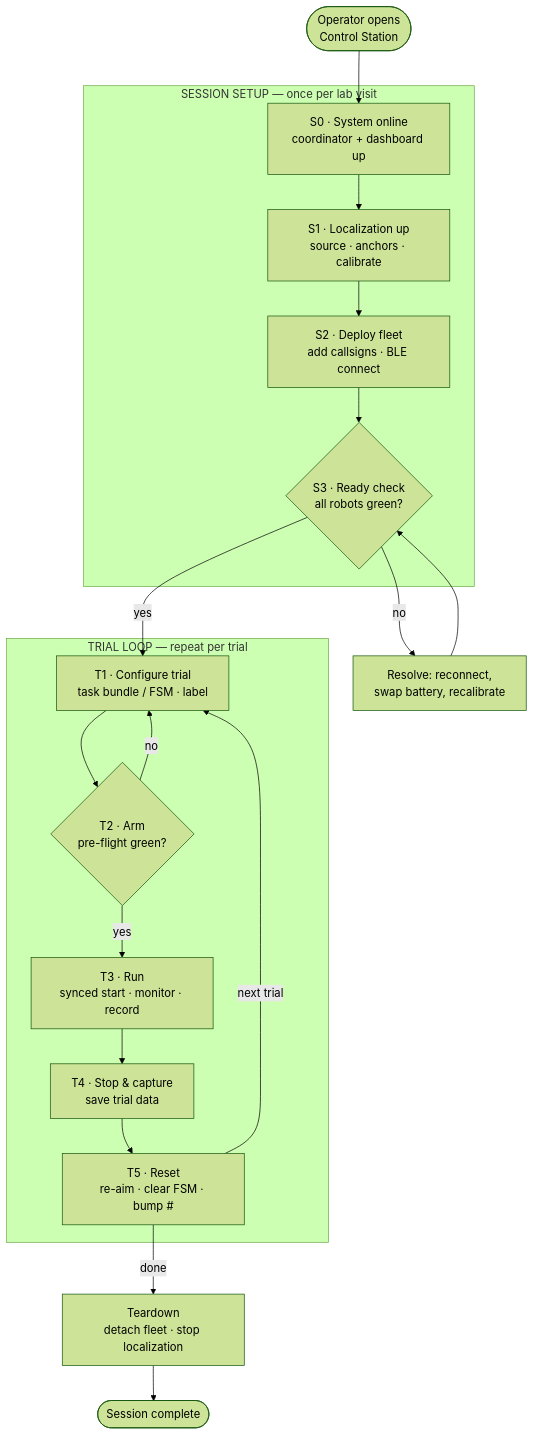
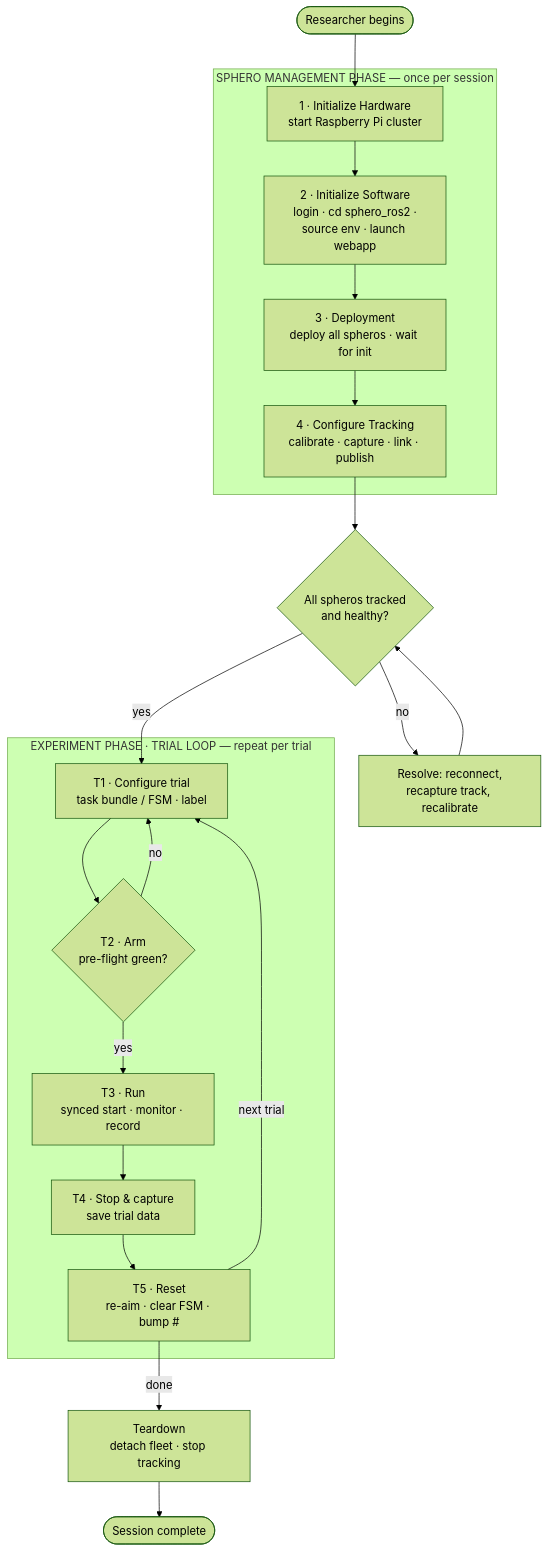
One commit to artineering/sphero_ros2 changed the first of 4 diagrams in doc/workflow.md. Above: the diagram before and after it, drawn with Mermaid (forest theme). The commit also changed other lines of this file, not shown here.

First line of the commit message:
docs: record real Sphero Management Phase setup sequence

````diff
--- a/doc/workflow.md
+++ b/doc/workflow.md
@@ -42,26 +40,27 @@
 ```mermaid
 flowchart TD
-    Start([Operator opens<br/>Control Station]) --> S0
-    subgraph SESSION["SESSION SETUP — once per lab visit"]
-        S0[S0 · System online<br/>coordinator + dashboard up] --> S1
-        S1[S1 · Localization up<br/>source · anchors · calibrate] --> S2
-        S2[S2 · Deploy fleet<br/>add callsigns · BLE connect] --> S3
+    Start([Researcher begins]) --> A1
+    subgraph MGMT["SPHERO MANAGEMENT PHASE — once per session"]
+        A1[1 · Initialize Hardware<br/>start Raspberry Pi cluster] --> A2
+        A2[2 · Initialize Software<br/>login · cd sphero_ros2 ·<br/>source env · launch webapp] --> A3
+        A3[3 · Deployment<br/>deploy all spheros · wait for init] --> A4
+        A4[4 · Configure Tracking<br/>calibrate · capture · link · publish]
     end
-    S3{S3 · Ready check<br/>all robots green?}
-    S3 -->|no| Fix[Resolve: reconnect,<br/>swap battery, recalibrate]
-    Fix --> S3
-    S3 -->|yes| T1
-    subgraph TRIAL["TRIAL LOOP — repeat per trial"]
+    A4 --> Ready{All spheros tracked<br/>and healthy?}
+    Ready -->|no| Fix[Resolve: reconnect,<br/>recapture track, recalibrate]
+    Fix --> Ready
+    Ready -->|yes| T1
+    subgraph TRIAL["EXPERIMENT PHASE · TRIAL LOOP — repeat per trial"]
         T1[T1 · Configure trial<br/>task bundle / FSM · label] --> T2
         T2{T2 · Arm<br/>pre-flight green?}
         T2 -->|no| T1
         T2 -->|yes| T3
         T3[T3 · Run<br/>synced start · monitor · record] --> T4
         T4[T4 · Stop & capture<br/>save trial data] --> T5
         T5[T5 · Reset<br/>re-aim · clear FSM · bump #]
     end
     T5 -->|next trial| T1
     T5 -->|done| TD
-    TD[Teardown<br/>detach fleet · stop localization]
+    TD[Teardown<br/>detach fleet · stop tracking]
     TD --> End([Session complete])
 ```
````
